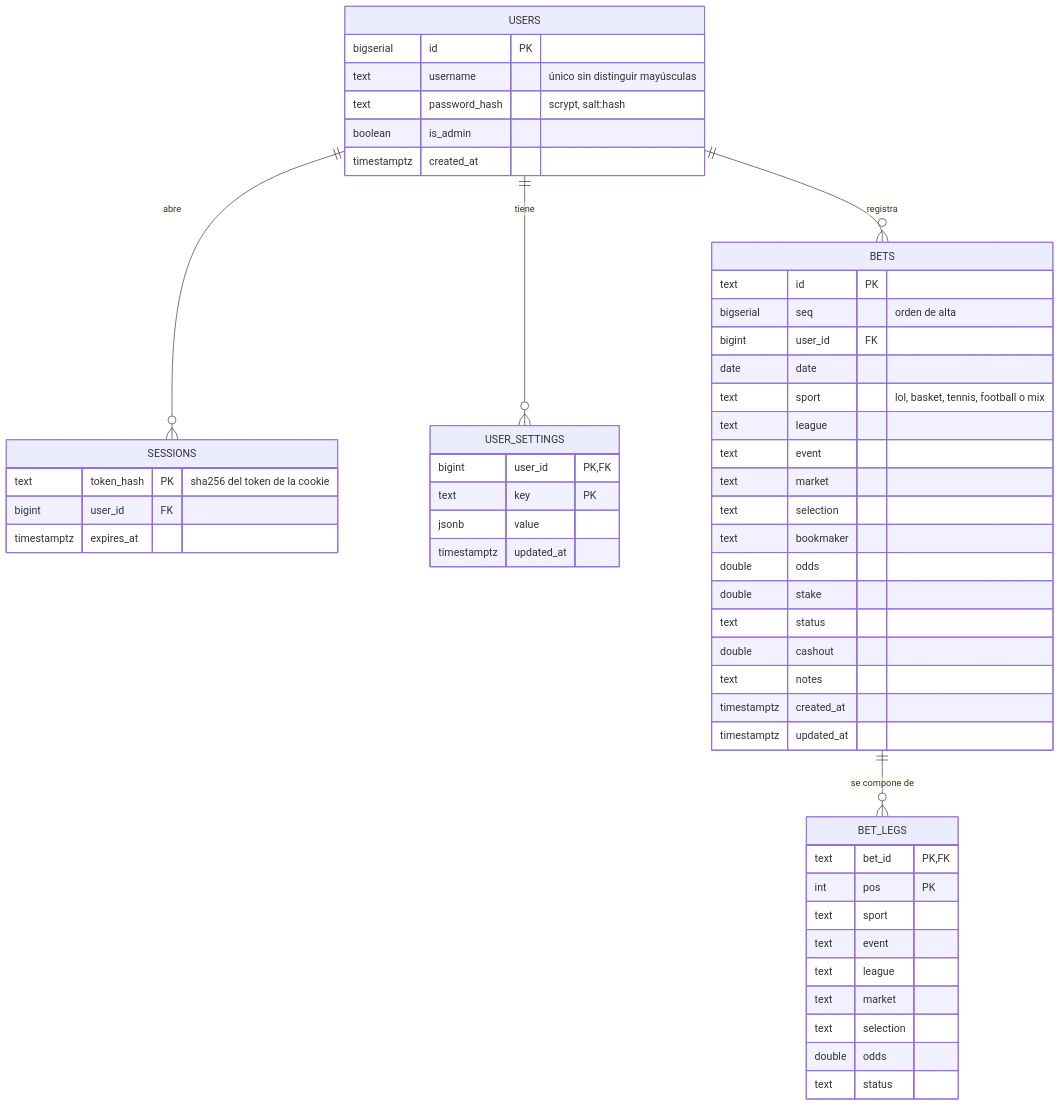
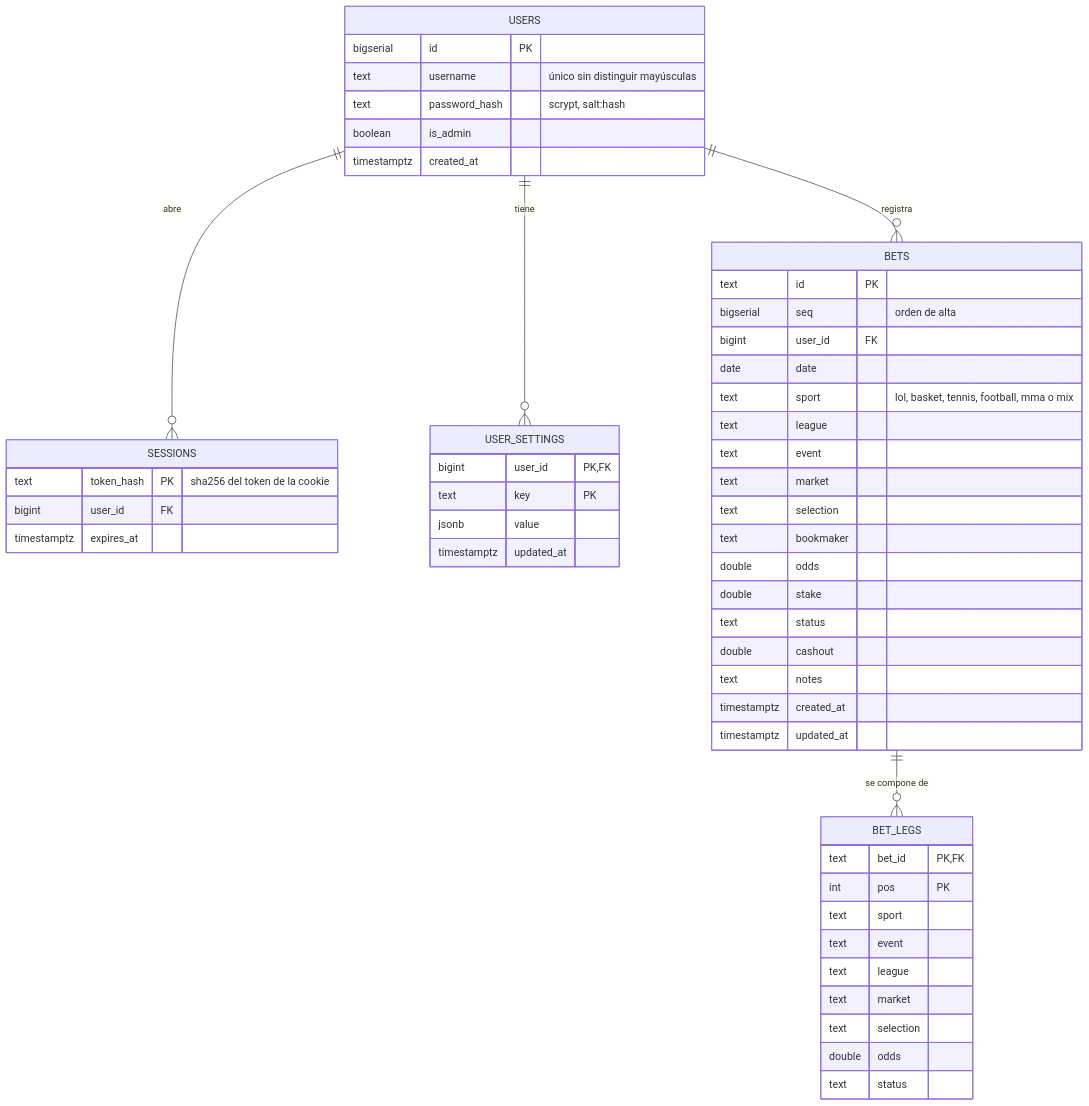
Before and after one commit to Jorodo2006/EsportsStalker: the first of 2 diagrams in docs/specs/10-base-de-datos.md, drawn with Mermaid. The commit also changed other lines of this file and 79 other files, not shown here.

````diff
--- a/docs/specs/10-base-de-datos.md
+++ b/docs/specs/10-base-de-datos.md
@@ -21,56 +21,56 @@
 ```mermaid
 erDiagram
     USERS ||--o{ SESSIONS : "abre"
     USERS ||--o{ USER_SETTINGS : "tiene"
     USERS ||--o{ BETS : "registra"
     BETS  ||--o{ BET_LEGS : "se compone de"
 
     USERS {
         bigserial id PK
         text username "único sin distinguir mayúsculas"
         text password_hash "scrypt, salt:hash"
         boolean is_admin
         timestamptz created_at
     }
     SESSIONS {
         text token_hash PK "sha256 del token de la cookie"
         bigint user_id FK
         timestamptz expires_at
     }
     USER_SETTINGS {
         bigint user_id PK,FK
         text key PK
         jsonb value
         timestamptz updated_at
     }
     BETS {
         text id PK
         bigserial seq "orden de alta"
         bigint user_id FK
         date date
-        text sport "lol, basket, tennis, football o mix"
+        text sport "lol, basket, tennis, football, mma o mix"
         text league
         text event
         text market
         text selection
         text bookmaker
         double odds
         double stake
         text status
         double cashout
         text notes
         timestamptz created_at
         timestamptz updated_at
     }
     BET_LEGS {
         text bet_id PK,FK
         int pos PK
         text sport
         text event
         text league
         text market
         text selection
         double odds
         text status
     }
 ```
````
